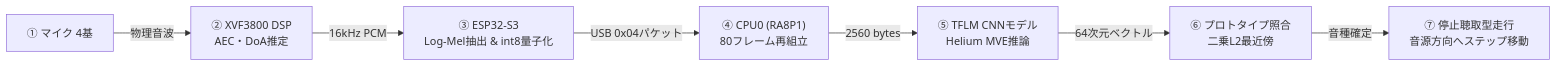
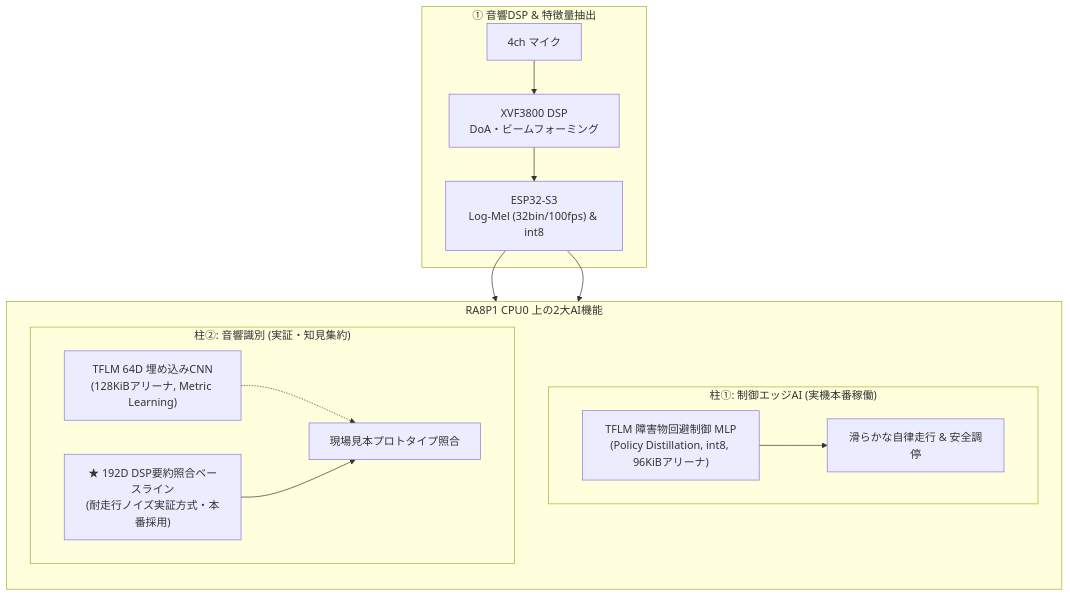
One commit to horned128/sound-exploration-rover changed the diagram in docs/textbook/edgeai/README.md. Above: the diagram before and after it, drawn with Mermaid. The commit also changed other lines of this file and 20 other files, not shown here.

````diff
--- a/docs/textbook/edgeai/README.md
+++ b/docs/textbook/edgeai/README.md
@@ -49,9 +47,25 @@
 ```mermaid
-flowchart LR
-    A["① マイク 4基"] -->|"物理音波"| B["② XVF3800 DSP<br/>AEC・DoA推定"]
-    B -->|"16kHz PCM"| C["③ ESP32-S3<br/>Log-Mel抽出 & int8量子化"]
-    C -->|"USB 0x04パケット"| D["④ CPU0 (RA8P1)<br/>80フレーム再組立"]
-    D -->|"2560 bytes"| E["⑤ TFLM CNNモデル<br/>Helium MVE推論"]
-    E -->|"64次元ベクトル"| F["⑥ プロトタイプ照合<br/>二乗L2最近傍"]
-    F -->|"音種確定"| G["⑦ 停止聴取型走行<br/>音源方向へステップ移動"]
+flowchart TD
+    subgraph SENSING["① 音響DSP & 特徴量抽出"]
+        MIC["4ch マイク"] --> XVF["XVF3800 DSP<br/>DoA・ビームフォーミング"]
+        XVF --> ESP["ESP32-S3<br/>Log-Mel (32bin/100fps) & int8"]
+    end
+
+    subgraph AI_PILLARS["RA8P1 CPU0 上の2大AI機能"]
+        direction TB
+        subgraph PILLAR1["柱①: 制御エッジAI (実機本番稼働)"]
+            MLP["TFLM 障害物回避制御 MLP<br/>(Policy Distillation, int8, 96KiBアリーナ)"]
+            MLP --> MOVE["滑らかな自律走行 & 安全調停"]
+        end
+        
+        subgraph PILLAR2["柱②: 音響識別 (実証・知見集約)"]
+            CNN["TFLM 64D 埋め込みCNN<br/>(128KiBアリーナ, Metric Learning)"]
+            BASE["★ 192D DSP要約照合ベースライン<br/>(耐走行ノイズ実証方式・本番採用)"]
+            CNN -.-> IDENT["現場見本プロトタイプ照合"]
+            BASE --> IDENT
+        end
+    end
+
+    ESP --> PILLAR1
+    ESP --> PILLAR2
 ```
````
